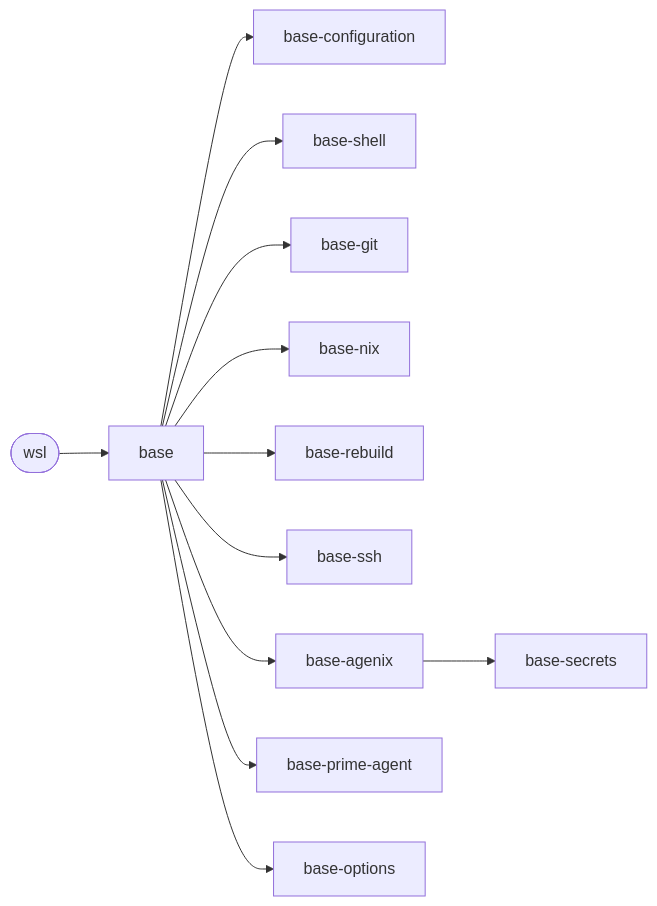
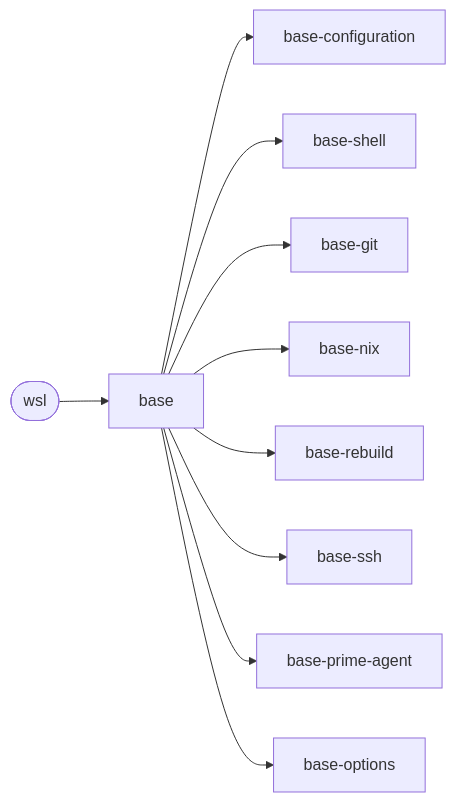
Before and after one commit to janusz-bit/nixos: the third of 3 diagrams in docs/reference/hosts.md, drawn with Mermaid. The commit also changed other lines of this file and 9 other files, not shown here.

First line of the commit message:
base: user secrets only on hosts that can decrypt them

````diff
--- a/docs/reference/hosts.md
+++ b/docs/reference/hosts.md
@@ -187,15 +187,13 @@
 ```mermaid
 flowchart LR
   host_wsl([wsl])
   host_wsl --> base[base]
   base --> base_configuration[base-configuration]
   base --> base_shell[base-shell]
   base --> base_git[base-git]
   base --> base_nix[base-nix]
   base --> base_rebuild[base-rebuild]
   base --> base_ssh[base-ssh]
-  base --> base_agenix[base-agenix]
   base --> base_prime_agent[base-prime-agent]
   base --> base_options[base-options]
-  base_agenix --> base_secrets[base-secrets]
 ```
````
